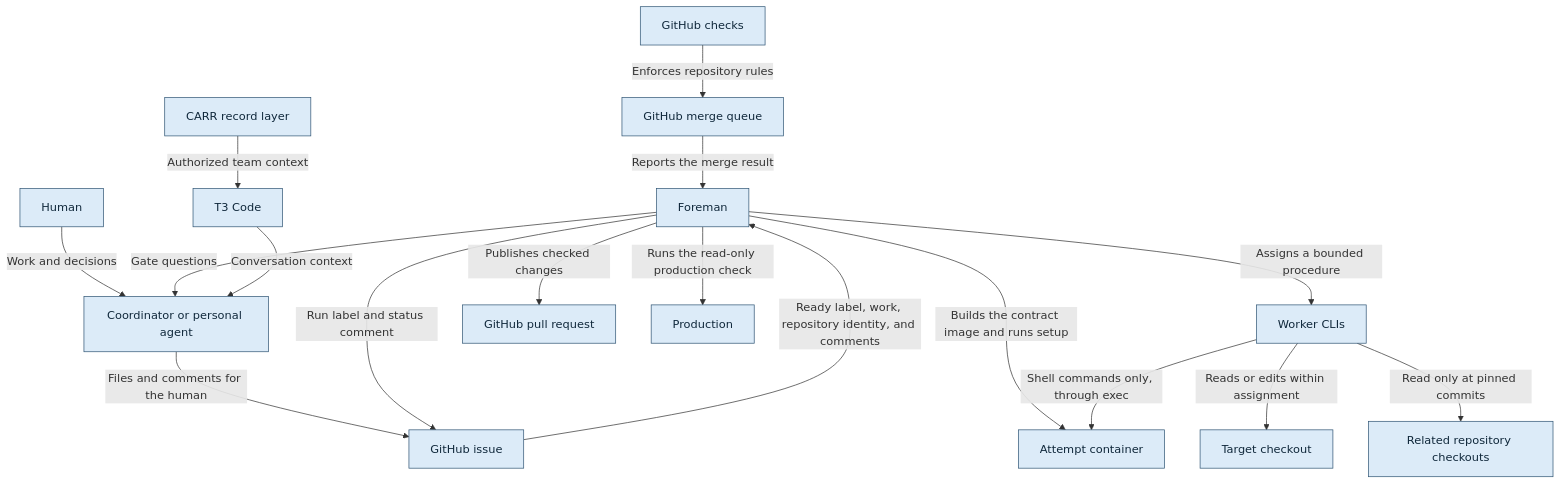
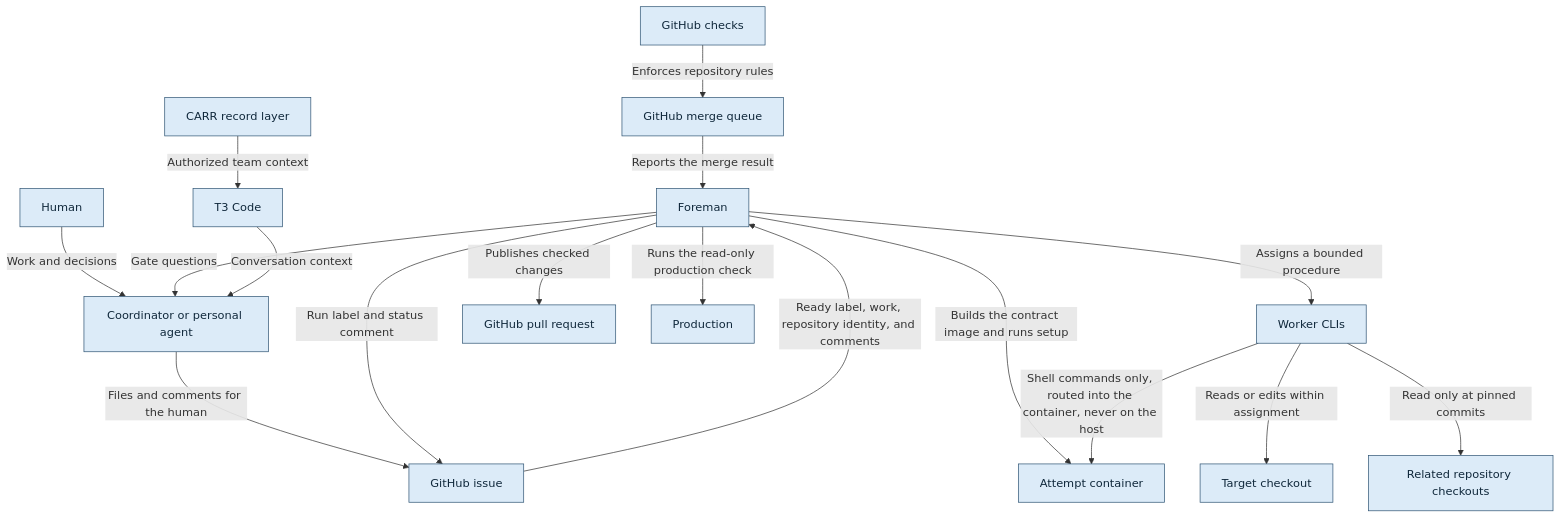
Before and after one commit to bookout-labs/tools: the diagram in docs/graph/blueprint/views/context.mmd, drawn with Mermaid. The commit also changed 6 other files, not shown here.

```diff
--- a/docs/graph/blueprint/views/context.mmd
+++ b/docs/graph/blueprint/views/context.mmd
@@ -1,36 +1,36 @@
 flowchart TD
     n0["GitHub checks"]:::stage
     n1["GitHub merge queue"]:::stage
     n2["Foreman"]:::stage
     n3["Human"]:::stage
     n4["Coordinator or personal agent"]:::stage
     n5["GitHub issue"]:::stage
     n6["CARR record layer"]:::stage
     n7["T3 Code"]:::stage
     n8["Attempt container"]:::stage
     n9["Worker CLIs"]:::stage
     n10["Target checkout"]:::stage
     n11["Related repository checkouts"]:::stage
     n12["GitHub pull request"]:::stage
     n13["Production"]:::stage
     n0 -->|"Enforces repository rules"| n1
     n1 -->|"Reports the merge result"| n2
     n3 -->|"Work and decisions"| n4
     n4 -->|"Files and comments for the human"| n5
     n2 -->|"Gate questions"| n4
     n5 -->|"Ready label, work, repository identity, and comments"| n2
     n2 -->|"Run label and status comment"| n5
     n6 -->|"Authorized team context"| n7
     n7 -->|"Conversation context"| n4
     n2 -->|"Builds the contract image and runs setup"| n8
-    n9 -->|"Shell commands only, through exec"| n8
+    n9 -->|"Shell commands only, routed into the container, never on the host"| n8
     n2 -->|"Assigns a bounded procedure"| n9
     n9 -->|"Reads or edits within assignment"| n10
     n9 -->|"Read only at pinned commits"| n11
     n2 -->|"Publishes checked changes"| n12
     n2 -->|"Runs the read-only production check"| n13
     classDef stage fill:#dcebf8,stroke:#315675,color:#10283b
     classDef step fill:#edf3f8,stroke:#597187,color:#132638
     classDef worker fill:#d7f0e8,stroke:#357369,color:#133c36
     classDef gate fill:#fff0c9,stroke:#89641f,color:#3f2b0b
     classDef terminal fill:#f0f0f0,stroke:#666666,color:#202020
```
